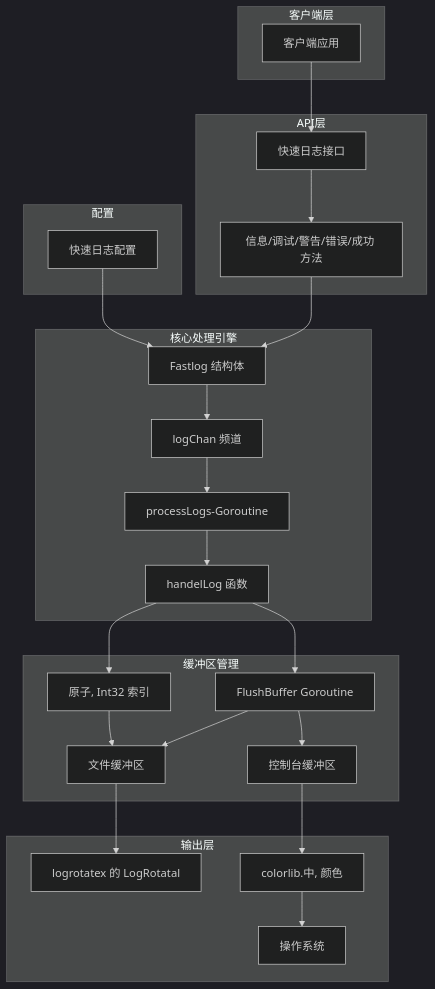
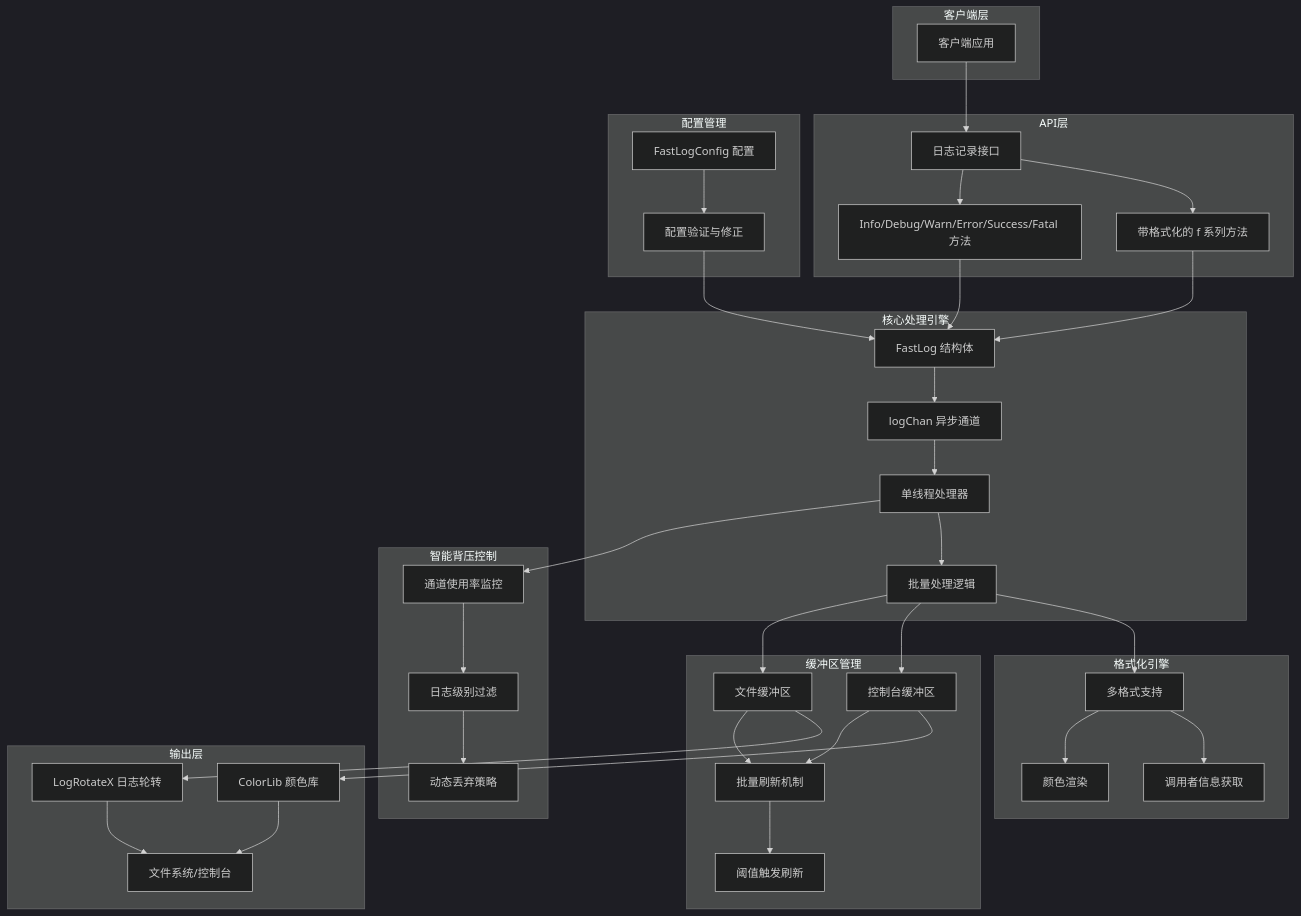
Before and after one commit to QiaoMuDe/fastlog: the diagram in README.md, drawn with Mermaid (dark theme). The commit also changed other lines of this file, not shown here.

First line of the commit message:
docs(README): 更新 FastLog 文档

````diff
--- a/README.md
+++ b/README.md
@@ -30,51 +31,75 @@
 ```mermaid
 flowchart TD
     subgraph 客户端层
         A[客户端应用]
     end
-    
+  
     subgraph API层
-        B[快速日志接口]
-        C[信息/调试/警告/错误/成功 方法]
+        B[日志记录接口]
+        C[Info/Debug/Warn/Error/Success/Fatal 方法]
+        D[带格式化的 f 系列方法]
     end
-    
-    subgraph 配置
-        D[快速日志配置]
+  
+    subgraph 配置管理
+        E[FastLogConfig 配置]
+        F[配置验证与修正]
     end
-    
+  
     subgraph 核心处理引擎
-        E[Fastlog 结构体]
-        F[logChan 频道]
-        G[processLogs-Goroutine]
-        H[handelLog 函数]
+        G[FastLog 结构体]
+        H[logChan 异步通道]
+        I[单线程处理器]
+        J[批量处理逻辑]
     end
-    
+  
+    subgraph 智能背压控制
+        K[通道使用率监控]
+        L[日志级别过滤]
+        M[动态丢弃策略]
+    end
+  
     subgraph 缓冲区管理
-        I[原子, Int32 索引]
-        J[FlushBuffer Goroutine]
-        K[文件缓冲区]
-        L[控制台缓冲区]
+        N[文件缓冲区]
+        O[控制台缓冲区]
+        P[批量刷新机制]
+        Q[阈值触发刷新]
     end
-    
+  
+    subgraph 格式化引擎
+        R[多格式支持]
+        S[颜色渲染]
+        T[调用者信息获取]
+    end
+  
     subgraph 输出层
-        M[logrotatex 的 LogRotatal]
-        N[colorlib.中, 颜色]
-        O[操作系统]
+        U[LogRotateX 日志轮转]
+        V[ColorLib 颜色库]
+        W[文件系统/控制台]
     end
-    
+  
     A --> B
     B --> C
-    D --> E
-    C --> E
+    B --> D
     E --> F
     F --> G
+    C --> G
+    D --> G
     G --> H
     H --> I
-    H --> J
     I --> K
-    J --> K
-    J --> L
-    K --> M
-    L --> N
-    N --> O
+    K --> L
+    L --> M
+    I --> J
+    J --> N
+    J --> O
+    N --> P
+    O --> P
+    P --> Q
+    J --> R
+    R --> S
+    R --> T
+    N --> U
+    O --> V
+    U --> W
+    V --> W
 ```
````
